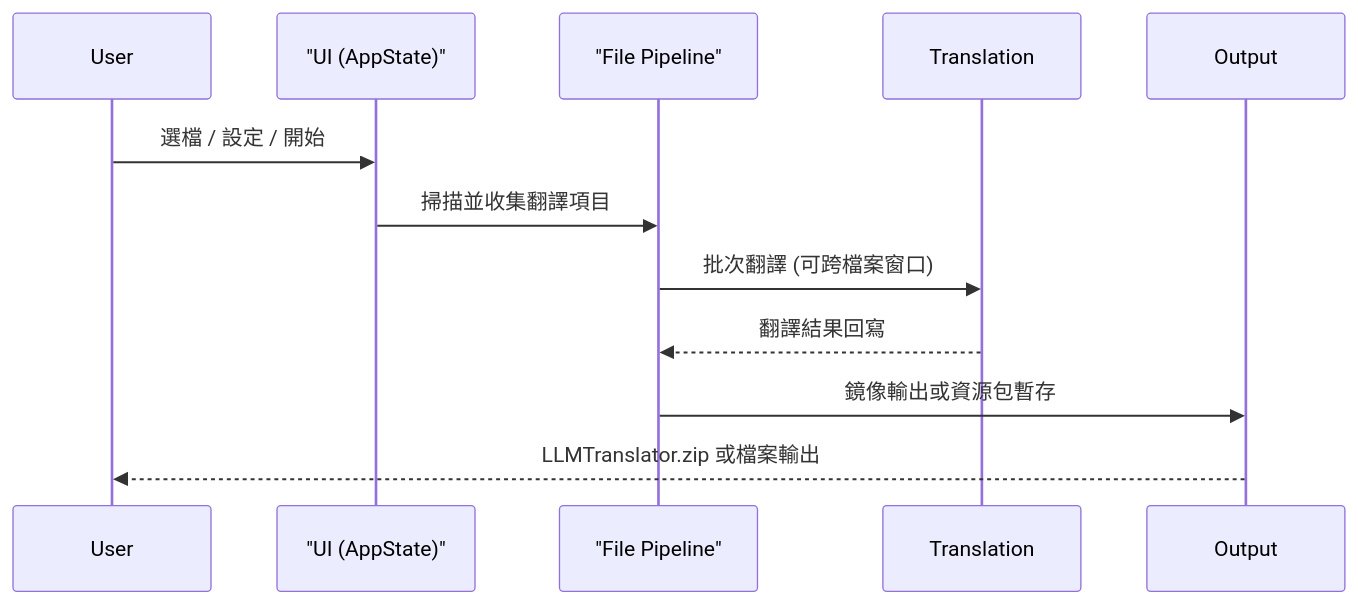
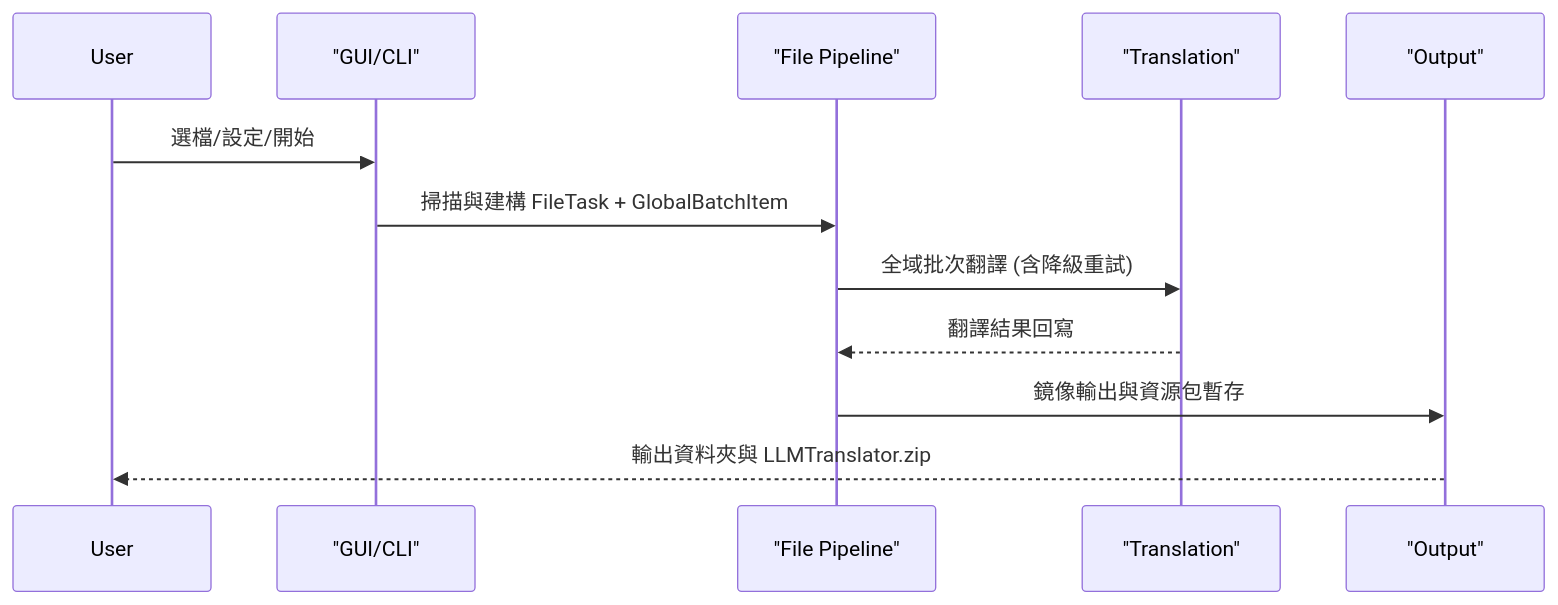
The diagram in docs/architecture/overview.md (mn12345678910/mc_translator), drawn with Mermaid before and after one commit. The commit also changed other lines of this file and 25 other files, not shown here.

````diff
--- a/docs/architecture/overview.md
+++ b/docs/architecture/overview.md
@@ -19,15 +20,15 @@
 ```mermaid
 sequenceDiagram
     participant U as User
-    participant UI as "UI (AppState)"
+    participant UI as "GUI/CLI"
     participant F as "File Pipeline"
-    participant T as Translation
-    participant O as Output
+    participant T as "Translation"
+    participant O as "Output"
 
-    U->>UI: 選檔 / 設定 / 開始
-    UI->>F: 掃描並收集翻譯項目
-    F->>T: 批次翻譯 (可跨檔案窗口)
+    U->>UI: 選檔/設定/開始
+    UI->>F: 掃描與建構 FileTask + GlobalBatchItem
+    F->>T: 全域批次翻譯 (含降級重試)
     T-->>F: 翻譯結果回寫
-    F->>O: 鏡像輸出或資源包暫存
-    O-->>U: LLMTranslator.zip 或檔案輸出
+    F->>O: 鏡像輸出與資源包暫存
+    O-->>U: 輸出資料夾與 LLMTranslator.zip
 ```
````
